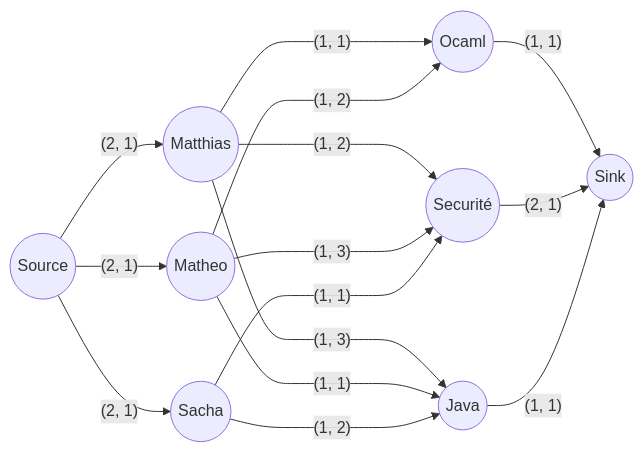
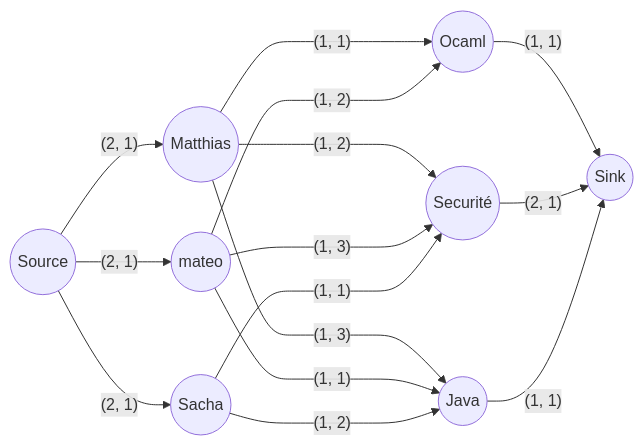
Before and after one commit to matthiasgreen/ocaml-maxflow-project: the second of 2 diagrams in README.md, drawn with Mermaid. The commit also changed other lines of this file and 3 other files, not shown here.

````diff
--- a/README.md
+++ b/README.md
@@ -105,35 +105,35 @@
 ```mermaid
 
 flowchart LR
     source((Source))
 
     matthias((Matthias))
-    mateo((Matheo))
+    mateo((mateo))
     sacha((Sacha))
 
     ocaml((Ocaml))
     java((Java))
     secu((Securité))
 
     sink((Sink))
 
     source --(2, 1)--> matthias
     source --(2, 1)--> mateo
     source --(2, 1)--> sacha
 
     matthias --(1, 1)----> ocaml
     matthias --(1, 2)----> secu
     matthias --(1, 3)----> java
 
     mateo --(1, 1)----> java
     mateo --(1, 2)----> ocaml
     mateo --(1, 3)----> secu
 
     sacha --(1, 1)----> secu
     sacha --(1, 2)----> java
 
     ocaml --(1, 1)--> sink
     secu --(2, 1)--> sink
     java --(1, 1)--> sink
 
 ```
````
